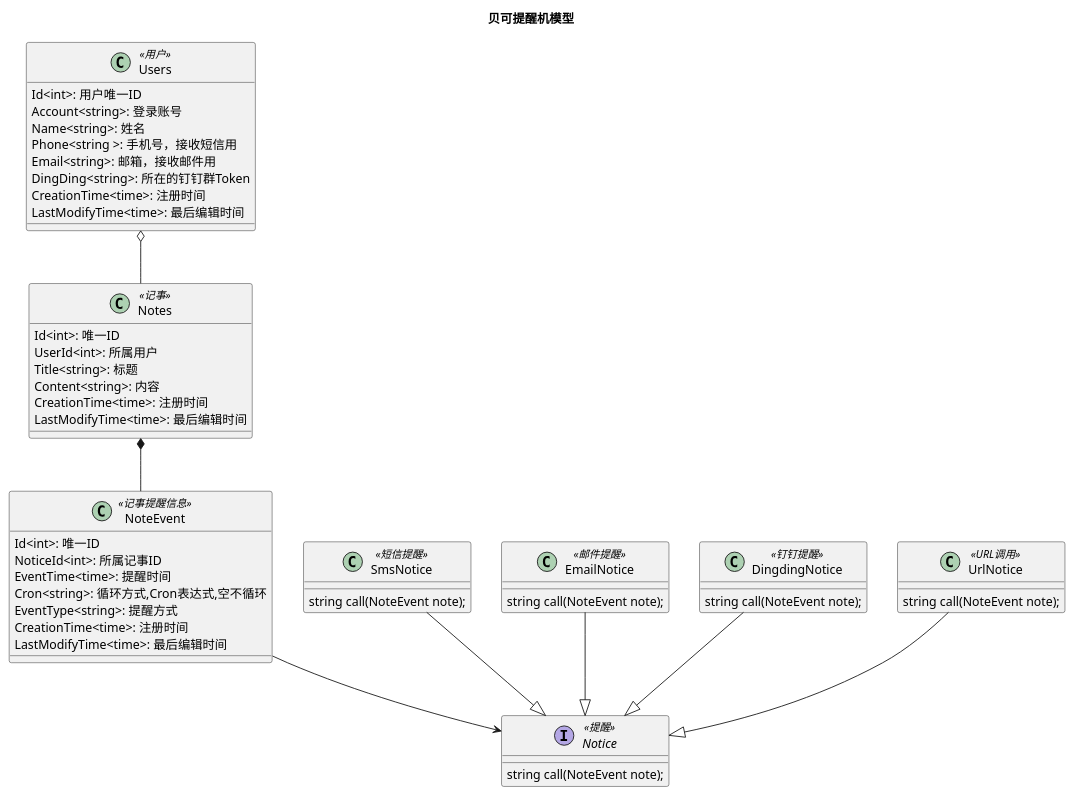
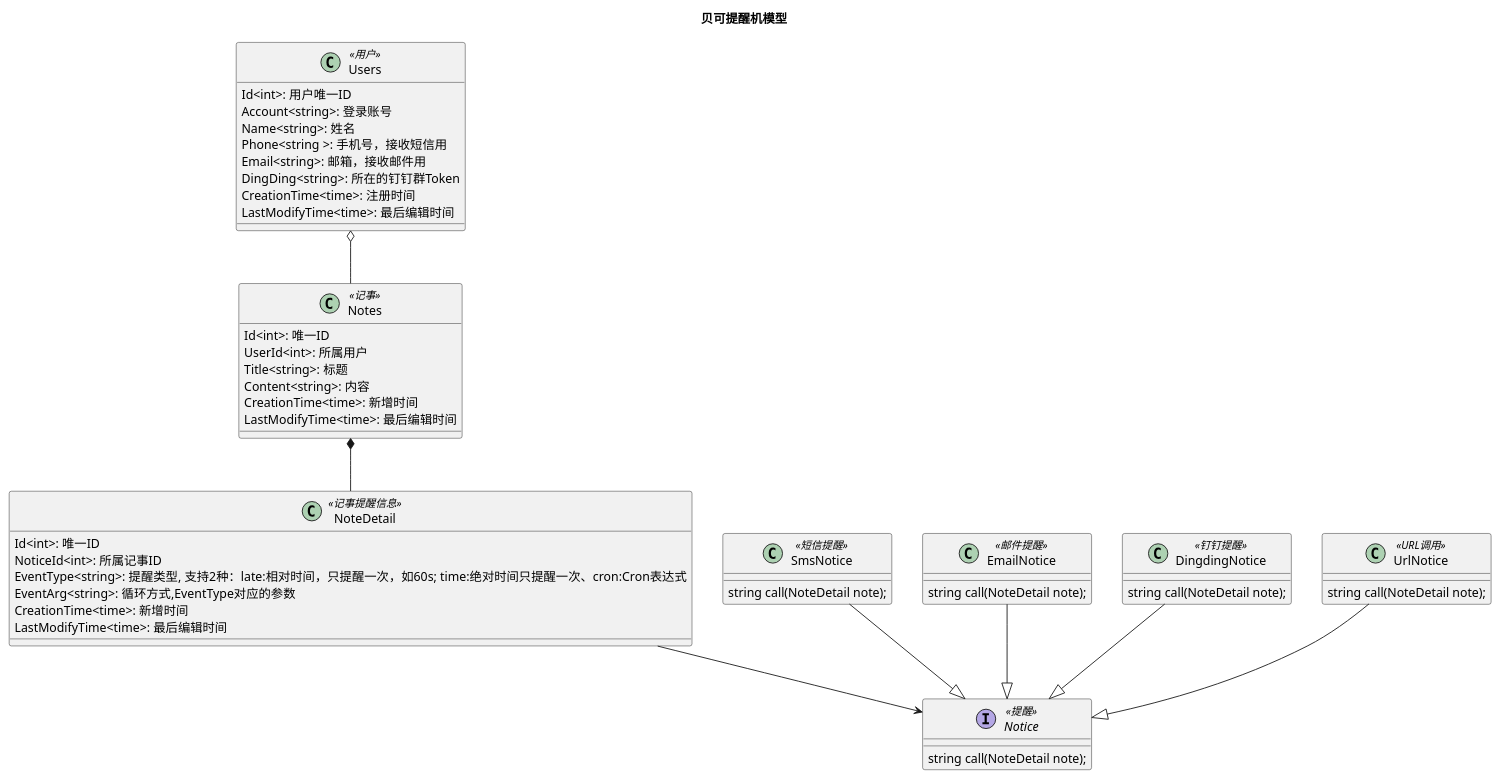
The third of 3 diagrams in RemindClock/README.md (youbl/products), drawn with PlantUML before and after one commit. The commit also changed 5 other files, not shown here.

````diff
--- a/RemindClock/README.md
+++ b/RemindClock/README.md
@@ -100,59 +100,58 @@
 ```plantuml
 @startuml
 title 贝可提醒机模型
 class Users<<用户>>{
     Id<int>: 用户唯一ID
     Account<string>: 登录账号
     Name<string>: 姓名
     Phone<string >: 手机号，接收短信用
     Email<string>: 邮箱，接收邮件用
     DingDing<string>: 所在的钉钉群Token
     CreationTime<time>: 注册时间
     LastModifyTime<time>: 最后编辑时间
 }
 
 class Notes<<记事>>{
     Id<int>: 唯一ID
     UserId<int>: 所属用户
     Title<string>: 标题
     Content<string>: 内容
-    CreationTime<time>: 注册时间
+    CreationTime<time>: 新增时间
     LastModifyTime<time>: 最后编辑时间
 }
 
-class NoteEvent<<记事提醒信息>>{
+class NoteDetail<<记事提醒信息>>{
     Id<int>: 唯一ID
     NoticeId<int>: 所属记事ID
-    EventTime<time>: 提醒时间
-    Cron<string>: 循环方式,Cron表达式,空不循环
-    EventType<string>: 提醒方式
-    CreationTime<time>: 注册时间
+    EventType<string>: 提醒类型, 支持2种：late:相对时间，只提醒一次，如60s; time:绝对时间只提醒一次、cron:Cron表达式
+    EventArg<string>: 循环方式,EventType对应的参数
+    CreationTime<time>: 新增时间
     LastModifyTime<time>: 最后编辑时间
 }
 
 interface Notice<<提醒>> {
-    string call(NoteEvent note);
+    string call(NoteDetail note);
 }
 
 class SmsNotice<<短信提醒>> {
-    string call(NoteEvent note);
+    string call(NoteDetail note);
 }
 class EmailNotice<<邮件提醒>> {
-    string call(NoteEvent note);
+    string call(NoteDetail note);
 }
 class DingdingNotice<<钉钉提醒>> {
-    string call(NoteEvent note);
+    string call(NoteDetail note);
 }
 class UrlNotice<<URL调用>> {
-    string call(NoteEvent note);
+    string call(NoteDetail note);
 }
 
 Users o-- Notes
-Notes *-- NoteEvent
+Notes *-- NoteDetail
 SmsNotice --|> Notice
 EmailNotice --|> Notice
 DingdingNotice --|> Notice
 UrlNotice --|> Notice
-NoteEvent --> Notice
+NoteDetail --> Notice
 @enduml
 ```
````
